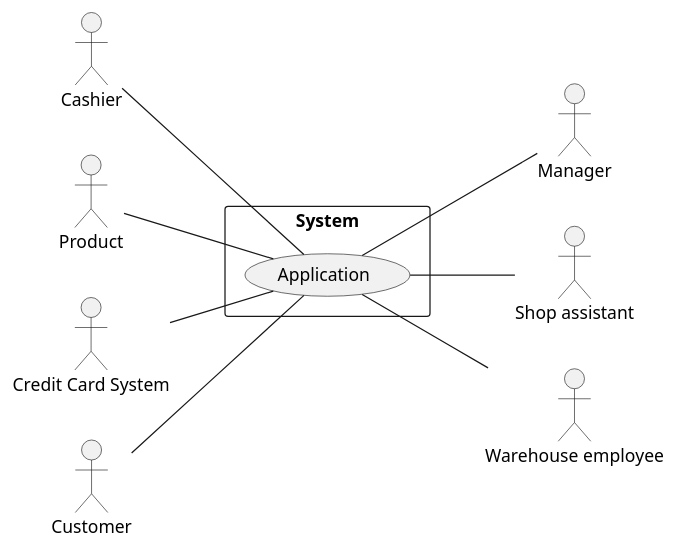
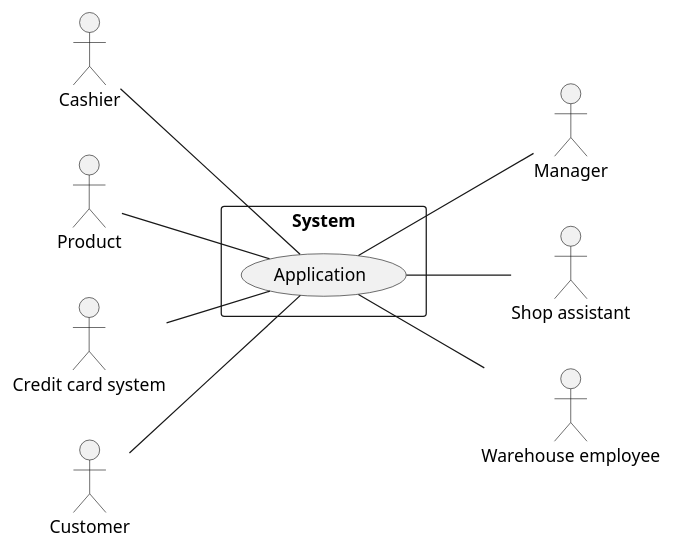
Before and after one commit to marco-ballario/EzShop: the diagram in Deliverables/RequirementsDocument.md, drawn with PlantUML. The commit also changed other lines of this file, not shown here.

````diff
--- a/Deliverables/RequirementsDocument.md
+++ b/Deliverables/RequirementsDocument.md
@@ -60,20 +57,20 @@
 ```plantuml
 left to right direction
 actor "Cashier" as C
 actor "Product" as P
-actor "Credit Card System" as CCS
+actor "Credit card system" as CCS
 actor "Manager" as M
 actor "Shop assistant" as SA
 actor "Warehouse employee" as WE
 actor "Customer" as CU
 rectangle System{
 	(Application) as SW
 	C -- SW
 	P -- SW
 	CCS -- SW
 	CU -- SW
 	SW -- WE
 	SW -- M
 	SW -- SA
 }
 ```
````
